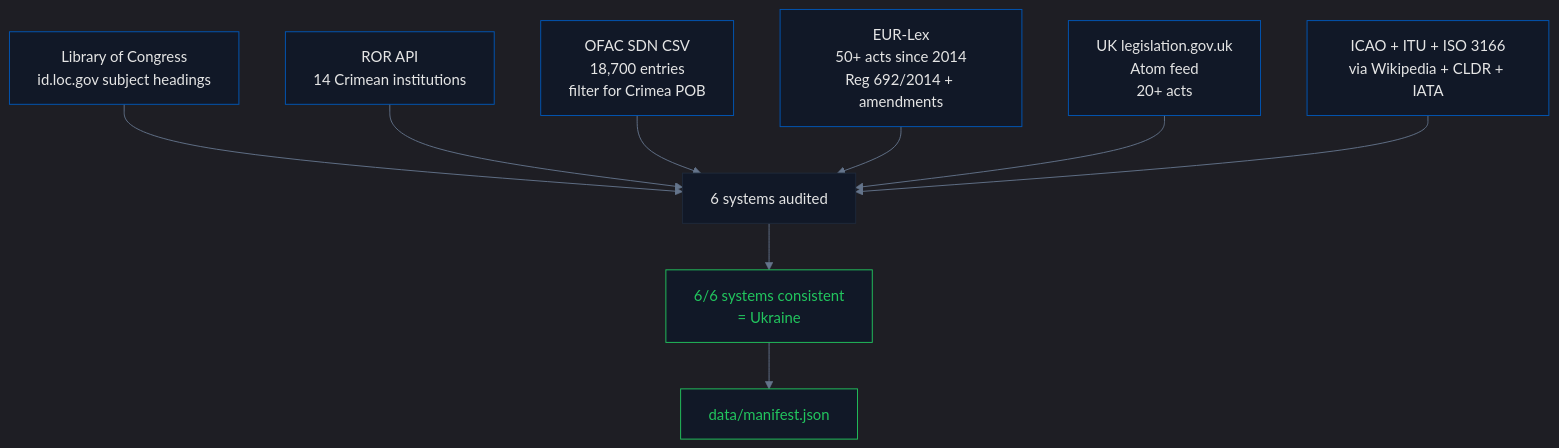
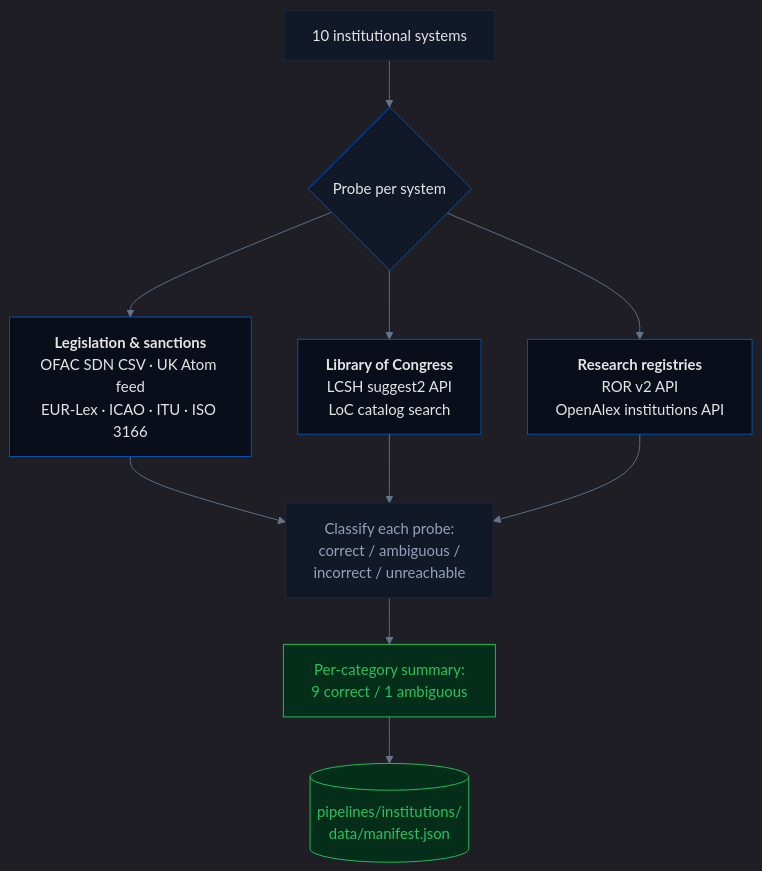
One commit to IvanDobrovolsky/crimeaisukraine changed the second of 2 diagrams in pipelines/institutions/README.md. Above: the diagram before and after it, drawn with Mermaid. The commit also changed other lines of this file and 10 other files, not shown here.

First line of the commit message:
Institutions pipeline: consolidate 3 scans into 1, 10 live probes across legislation/LoC/ROR, delete 6 legacy scripts

````diff
--- a/pipelines/institutions/README.md
+++ b/pipelines/institutions/README.md
@@ -90,22 +100,25 @@
 ```mermaid
 %%{init: {'theme': 'dark', 'themeVariables': {'primaryColor': '#0057b7', 'primaryTextColor': '#e5e5e5', 'lineColor': '#64748b', 'primaryBorderColor': '#1e293b'}}}%%
-graph TB
-    A["Library of Congress<br/>id.loc.gov subject headings"] --> X["6 systems audited"]
-    B["ROR API<br/>14 Crimean institutions"] --> X
-    C["OFAC SDN CSV<br/>18,700 entries<br/>filter for Crimea POB"] --> X
-    D["EUR-Lex<br/>50+ acts since 2014<br/>Reg 692/2014 + amendments"] --> X
-    E["UK legislation.gov.uk<br/>Atom feed<br/>20+ acts"] --> X
-    F["ICAO + ITU + ISO 3166<br/>via Wikipedia + CLDR + IATA"] --> X
-    X --> Y["6/6 systems consistent<br/>= Ukraine"]
-    Y --> Z["data/manifest.json"]
+flowchart TB
+    START["10 institutional systems"] --> SPLIT{"Probe per system"}
 
-    style A fill:#111827,stroke:#0057b7,color:#e5e5e5
-    style B fill:#111827,stroke:#0057b7,color:#e5e5e5
-    style C fill:#111827,stroke:#0057b7,color:#e5e5e5
-    style D fill:#111827,stroke:#0057b7,color:#e5e5e5
-    style E fill:#111827,stroke:#0057b7,color:#e5e5e5
-    style F fill:#111827,stroke:#0057b7,color:#e5e5e5
-    style X fill:#111827,stroke:#1e293b,color:#e5e5e5
-    style Y fill:#111827,stroke:#22c55e,color:#22c55e
-    style Z fill:#111827,stroke:#22c55e,color:#22c55e
+    SPLIT --> L1["<b>Legislation &amp; sanctions</b><br/>OFAC SDN CSV · UK Atom feed<br/>EUR-Lex · ICAO · ITU · ISO 3166"]
+    SPLIT --> L2["<b>Library of Congress</b><br/>LCSH suggest2 API<br/>LoC catalog search"]
+    SPLIT --> L3["<b>Research registries</b><br/>ROR v2 API<br/>OpenAlex institutions API"]
+
+    L1 --> CLS["Classify each probe:<br/>correct / ambiguous /<br/>incorrect / unreachable"]
+    L2 --> CLS
+    L3 --> CLS
+
+    CLS --> SUMMARY["Per-category summary:<br/>9 correct / 1 ambiguous"]
+    SUMMARY --> MANIFEST[("pipelines/institutions/<br/>data/manifest.json")]
+
+    style START fill:#111827,stroke:#1e293b,color:#e5e5e5
+    style SPLIT fill:#111827,stroke:#0057b7,color:#e5e5e5
+    style L1 fill:#0a0e1a,stroke:#0057b7,color:#e5e5e5
+    style L2 fill:#0a0e1a,stroke:#0057b7,color:#e5e5e5
+    style L3 fill:#0a0e1a,stroke:#0057b7,color:#e5e5e5
+    style CLS fill:#111827,stroke:#1e293b,color:#94a3b8
+    style SUMMARY fill:#052e1a,stroke:#22c55e,color:#22c55e
+    style MANIFEST fill:#052e1a,stroke:#22c55e,color:#22c55e
 ```
````
